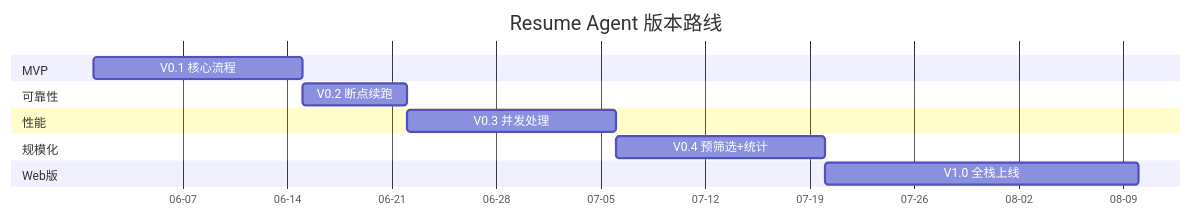
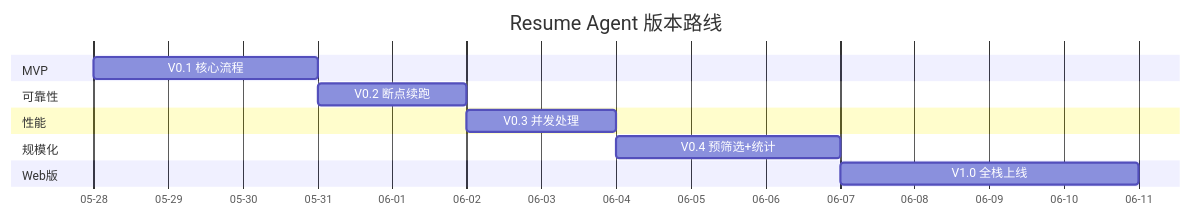
The first of 6 diagrams in docs/roadmap.md (MT-SUPER-POWER/ResumeAgent), drawn with Mermaid before and after one commit. The commit also changed other lines of this file and 7 other files, not shown here.

````diff
--- a/docs/roadmap.md
+++ b/docs/roadmap.md
@@ -9,21 +13,21 @@
 ```mermaid
 gantt
   title Resume Agent 版本路线
   dateFormat  YYYY-MM-DD
   axisFormat  %m-%d
 
   section MVP
-  V0.1 核心流程     :v01, 2026-06-01, 14d
+  V0.1 核心流程     :v01, 2026-05-28, 3d
 
   section 可靠性
-  V0.2 断点续跑     :v02, after v01, 7d
+  V0.2 断点续跑     :v02, after v01, 2d
 
   section 性能
-  V0.3 并发处理     :v03, after v02, 14d
+  V0.3 并发处理     :v03, after v02, 2d
 
   section 规模化
-  V0.4 预筛选+统计  :v04, after v03, 14d
+  V0.4 预筛选+统计  :v04, after v03, 3d
 
   section Web版
-  V1.0 全栈上线     :v10, after v04, 21d
+  V1.0 全栈上线     :v10, after v04, 4d
 ```
````
